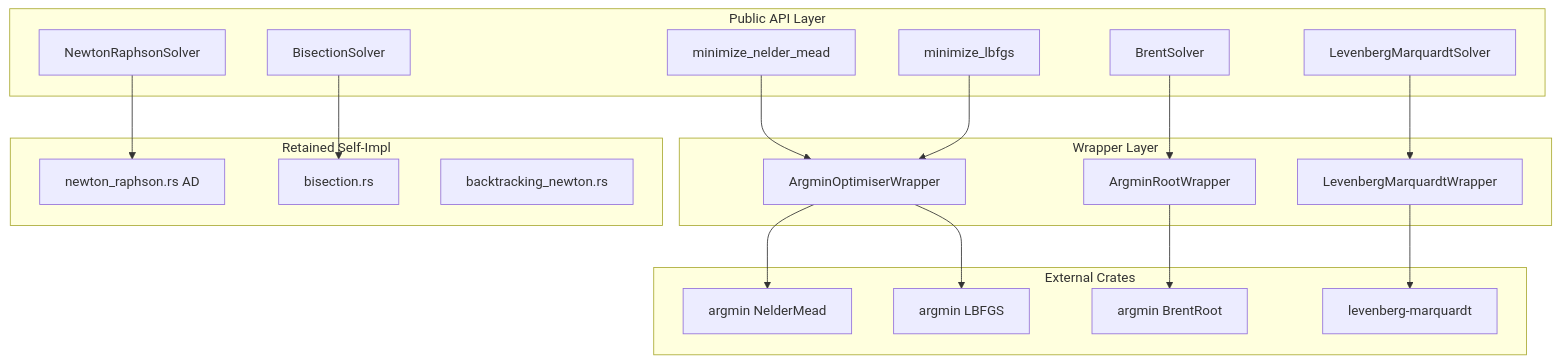
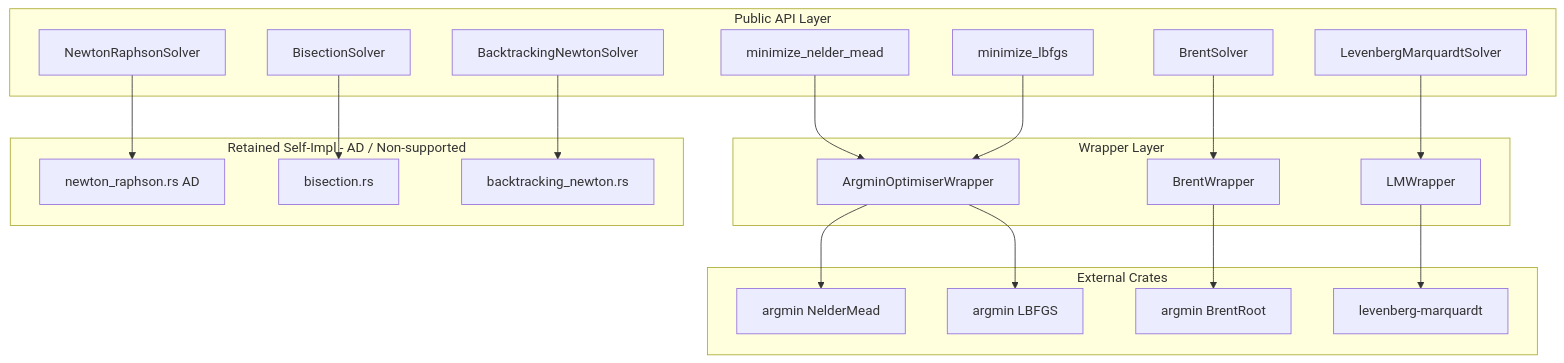
The diagram in .kiro/specs/external-numerics-migration/design.md (neutryx-lab/neutryx-rust), drawn with Mermaid before and after one commit. The commit also changed other lines of this file and 11 other files, not shown here.

````diff
--- a/.kiro/specs/external-numerics-migration/design.md
+++ b/.kiro/specs/external-numerics-migration/design.md
@@ -69,43 +71,45 @@
 ```mermaid
 graph TB
     subgraph PublicAPI[Public API Layer]
         NM[minimize_nelder_mead]
         LBFGS[minimize_lbfgs]
         Brent[BrentSolver]
         NR[NewtonRaphsonSolver]
         Bisect[BisectionSolver]
+        BacktrackNR[BacktrackingNewtonSolver]
         LM[LevenbergMarquardtSolver]
     end
 
     subgraph Wrapper[Wrapper Layer]
         ArgminOpt[ArgminOptimiserWrapper]
-        ArgminRoot[ArgminRootWrapper]
-        LMWrap[LevenbergMarquardtWrapper]
+        BrentWrap[BrentWrapper]
+        LMWrap[LMWrapper]
     end
 
     subgraph External[External Crates]
         ArgminNM[argmin NelderMead]
         ArgminLBFGS[argmin LBFGS]
         ArgminBrent[argmin BrentRoot]
         LMCrate[levenberg-marquardt]
     end
 
-    subgraph Retained[Retained Self-Impl]
+    subgraph Retained[Retained Self-Impl - AD / Non-supported]
         NRImpl[newton_raphson.rs AD]
         BisectImpl[bisection.rs]
         BacktrackImpl[backtracking_newton.rs]
     end
 
     NM --> ArgminOpt
     LBFGS --> ArgminOpt
-    Brent --> ArgminRoot
+    Brent --> BrentWrap
     LM --> LMWrap
 
     ArgminOpt --> ArgminNM
     ArgminOpt --> ArgminLBFGS
-    ArgminRoot --> ArgminBrent
+    BrentWrap --> ArgminBrent
     LMWrap --> LMCrate
 
     NR --> NRImpl
     Bisect --> BisectImpl
+    BacktrackNR --> BacktrackImpl
 ```
````
